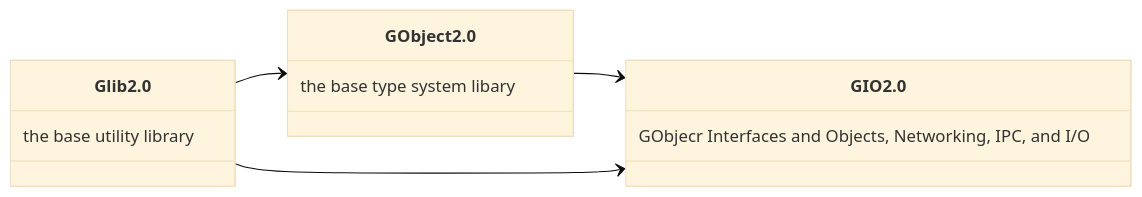
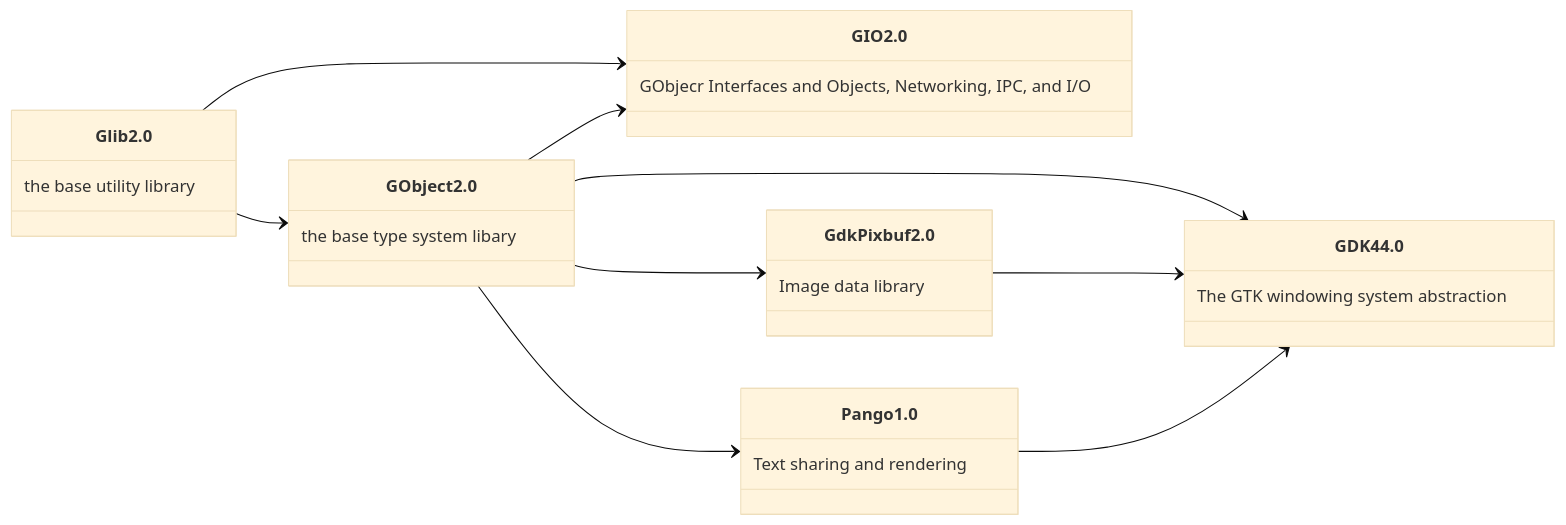
One commit to sechshelme/Lazarus-GNOME-GTK4-Packages_and_Examples changed the diagram in readme.md. Above: the diagram before and after it, drawn with Mermaid (base theme).

````diff
--- a/readme.md
+++ b/readme.md
@@ -40,11 +40,19 @@
 ```mermaid
 classDiagram
 direction RL
 Glib 2.0:the base utility library
 GObject 2.0:the base type system libary
 GIO 2.0:GObjecr Interfaces and Objects, Networking, IPC, and I/O
+GdkPixbuf 2.0:Image data library
+Pango 1.0:Text sharing and rendering
+GDK4 4.0:The GTK windowing system abstraction
 
 GObject 2.0<--Glib 2.0
 GIO 2.0<--Glib 2.0
 GIO 2.0<--GObject 2.0
+GdkPixbuf 2.0<--GObject 2.0
+GDK4 4.0<--GObject 2.0
+Pango 1.0<--GObject 2.0
+GDK4 4.0<--GdkPixbuf 2.0
+GDK4 4.0<--Pango 1.0
 ```
````
